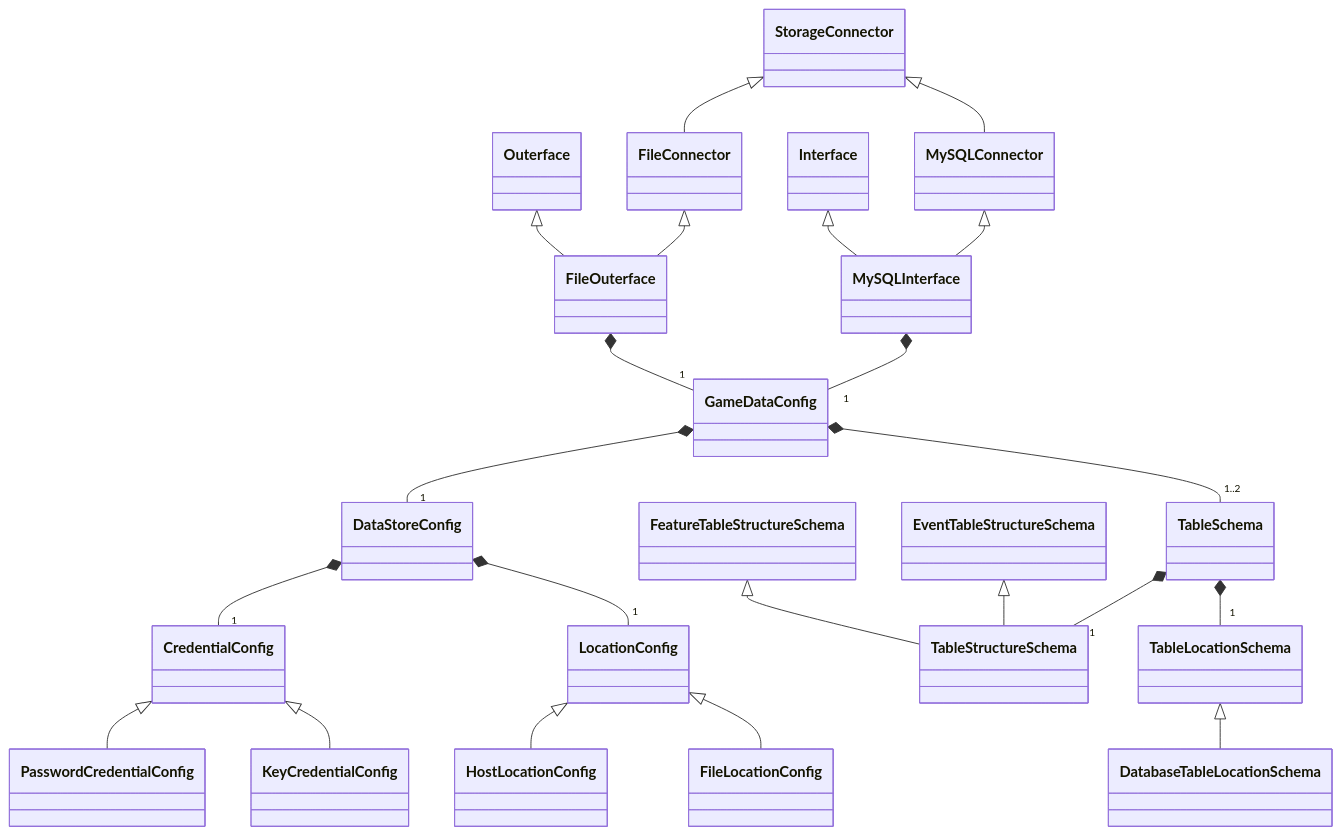
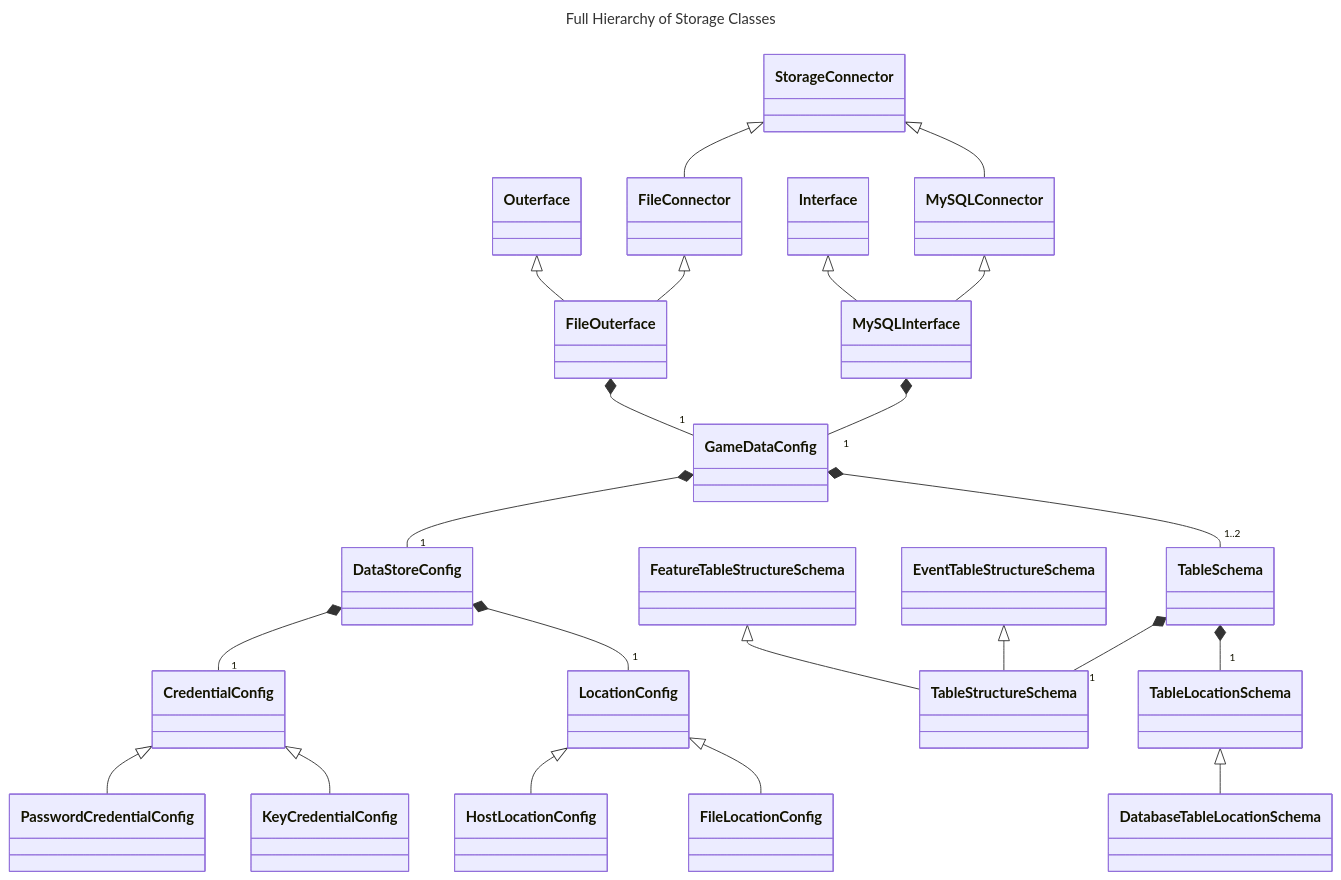
One commit to opengamedata/ogd-doc changed the fourth of 4 diagrams in src/05_ogd-common/connectors/intro_to_connectors.md. Above: the diagram before and after it, drawn with Mermaid. The commit also changed other lines of this file, not shown here.

Commit message:
Test to see if sphinx can handle building mermaid charts without the {} wrapper.

````diff
--- a/src/05_ogd-common/connectors/intro_to_connectors.md
+++ b/src/05_ogd-common/connectors/intro_to_connectors.md
@@ -74,28 +75,31 @@
 ```mermaid
+---
+title: Full Hierarchy of Storage Classes
+---
 classDiagram
 
 StorageConnector <|-- MySQLConnector
 MySQLConnector <|-- MySQLInterface
 Interface <|-- MySQLInterface
 StorageConnector <|-- FileConnector
 FileConnector <|-- FileOuterface
 Outerface <|-- FileOuterface
 
 DataStoreConfig *-- "1" CredentialConfig 
 DataStoreConfig *-- "1" LocationConfig 
 CredentialConfig <|-- PasswordCredentialConfig 
 CredentialConfig <|-- KeyCredentialConfig 
 LocationConfig <|-- HostLocationConfig 
 LocationConfig <|-- FileLocationConfig 
 
 TableSchema *-- "1" TableStructureSchema
 EventTableStructureSchema <|-- TableStructureSchema
 FeatureTableStructureSchema <|-- TableStructureSchema
 TableSchema *-- "1" TableLocationSchema
 TableLocationSchema <|-- DatabaseTableLocationSchema
 
 GameDataConfig *-- "1" DataStoreConfig 
 GameDataConfig *-- "1..2" TableSchema 
 MySQLInterface *-- "1" GameDataConfig 
 FileOuterface *-- "1" GameDataConfig 
 ```
````
